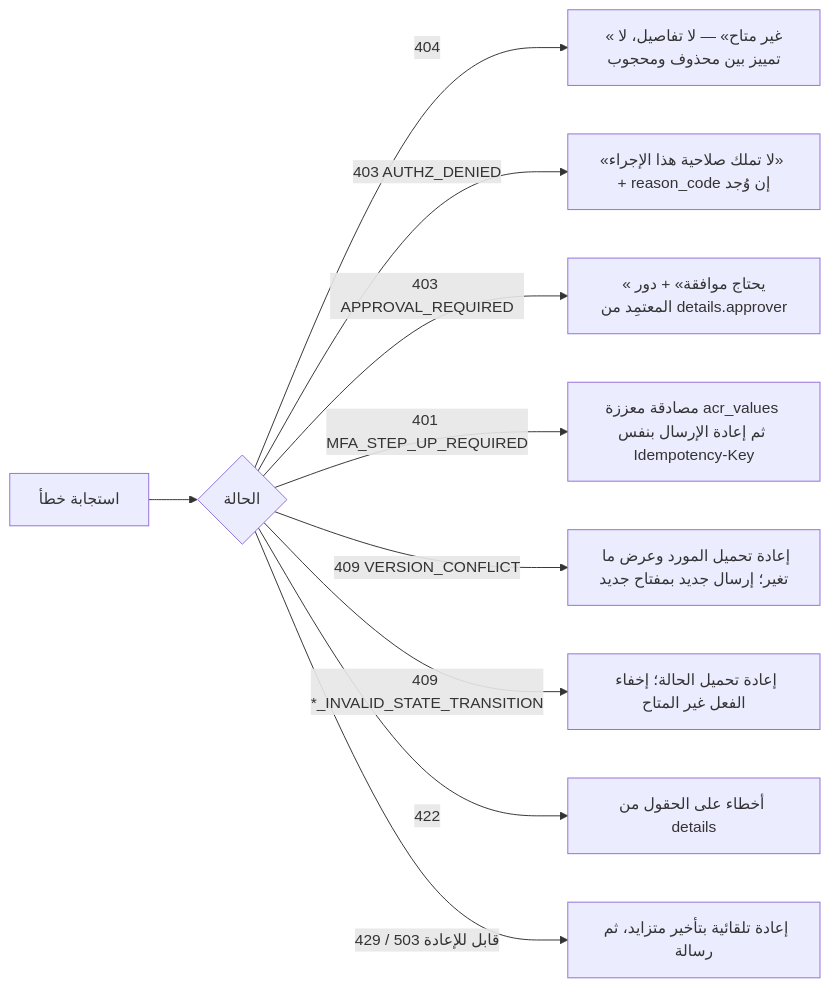
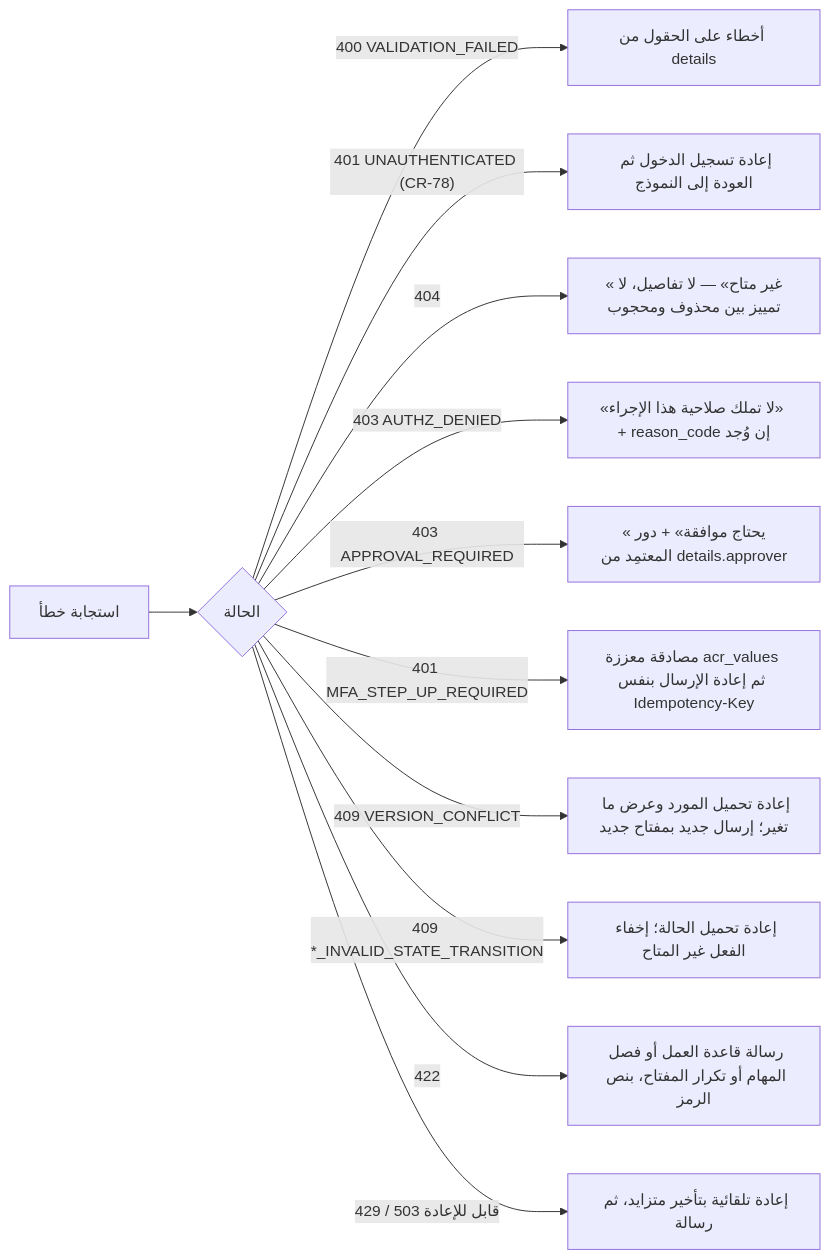
The second of 3 diagrams in spec/18-analysis-design/21-ui-design.md (Ayoubkhattab/Planing), drawn with Mermaid before and after one commit. The commit also changed other lines of this file and 9 other files, not shown here.

````diff
--- a/spec/18-analysis-design/21-ui-design.md
+++ b/spec/18-analysis-design/21-ui-design.md
@@ -193,12 +200,14 @@
 ```mermaid
 flowchart LR
   R["استجابة خطأ"] --> A{"الحالة"}
+  A -->|"400 VALIDATION_FAILED"| E["أخطاء على الحقول من details"]
+  A -->|"401 UNAUTHENTICATED (CR-78)"| L["إعادة تسجيل الدخول ثم العودة إلى النموذج"]
   A -->|"404"| N["«غير متاح» — لا تفاصيل، لا تمييز بين محذوف ومحجوب"]
   A -->|"403 AUTHZ_DENIED"| F["«لا تملك صلاحية هذا الإجراء» + reason_code إن وُجد"]
   A -->|"403 APPROVAL_REQUIRED"| P["«يحتاج موافقة» + دور المعتمِد من details.approver"]
   A -->|"401 MFA_STEP_UP_REQUIRED"| M["مصادقة معززة acr_values ثم إعادة الإرسال بنفس Idempotency-Key"]
   A -->|"409 VERSION_CONFLICT"| V["إعادة تحميل المورد وعرض ما تغير؛ إرسال جديد بمفتاح جديد"]
   A -->|"409 *_INVALID_STATE_TRANSITION"| S["إعادة تحميل الحالة؛ إخفاء الفعل غير المتاح"]
-  A -->|"422"| E["أخطاء على الحقول من details"]
+  A -->|"422"| B["رسالة قاعدة العمل أو فصل المهام أو تكرار المفتاح، بنص الرمز"]
   A -->|"429 / 503 قابل للإعادة"| T["إعادة تلقائية بتأخير متزايد، ثم رسالة"]
 ```
````
